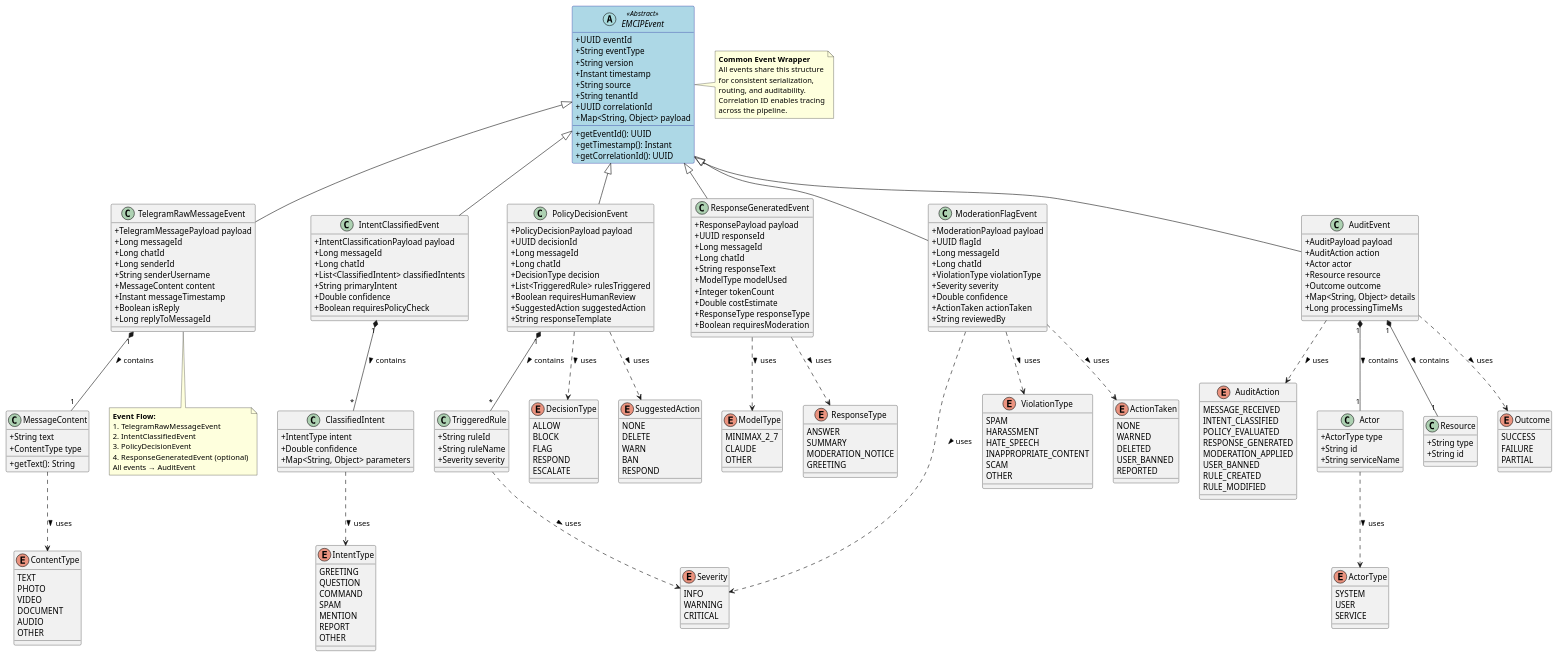
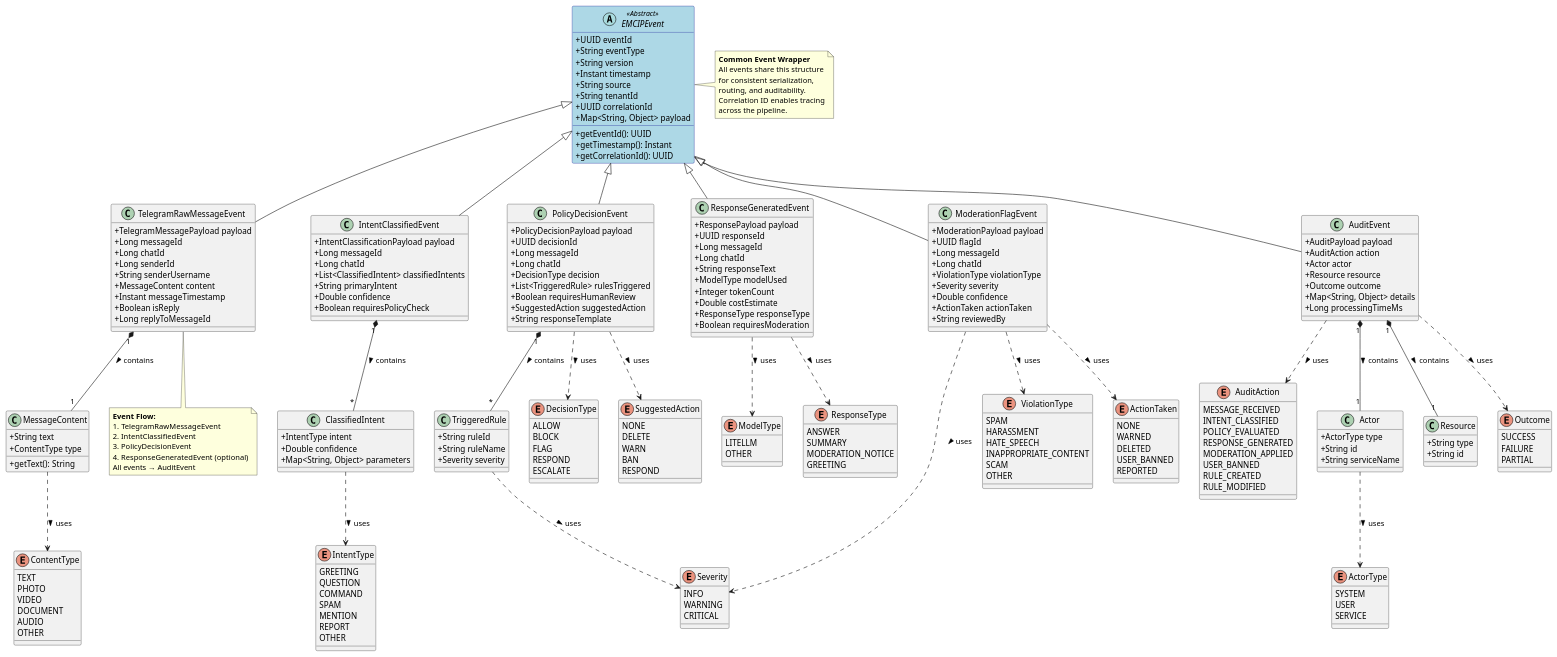
Before and after one commit to theyellow/ecip: the diagram in documentation/diagrams/c4-event-flow.puml, drawn with PlantUML. The commit also changed 6 other files, not shown here.

First line of the commit message:
docs(diagrams): replace MiniMax/Claude references with LiteLLM proxy

```diff
--- a/documentation/diagrams/c4-event-flow.puml
+++ b/documentation/diagrams/c4-event-flow.puml
@@ -134,8 +134,7 @@
 }
 
 enum ModelType {
-    MINIMAX_2_7
-    CLAUDE
+    LITELLM
     OTHER
 }
 
```
